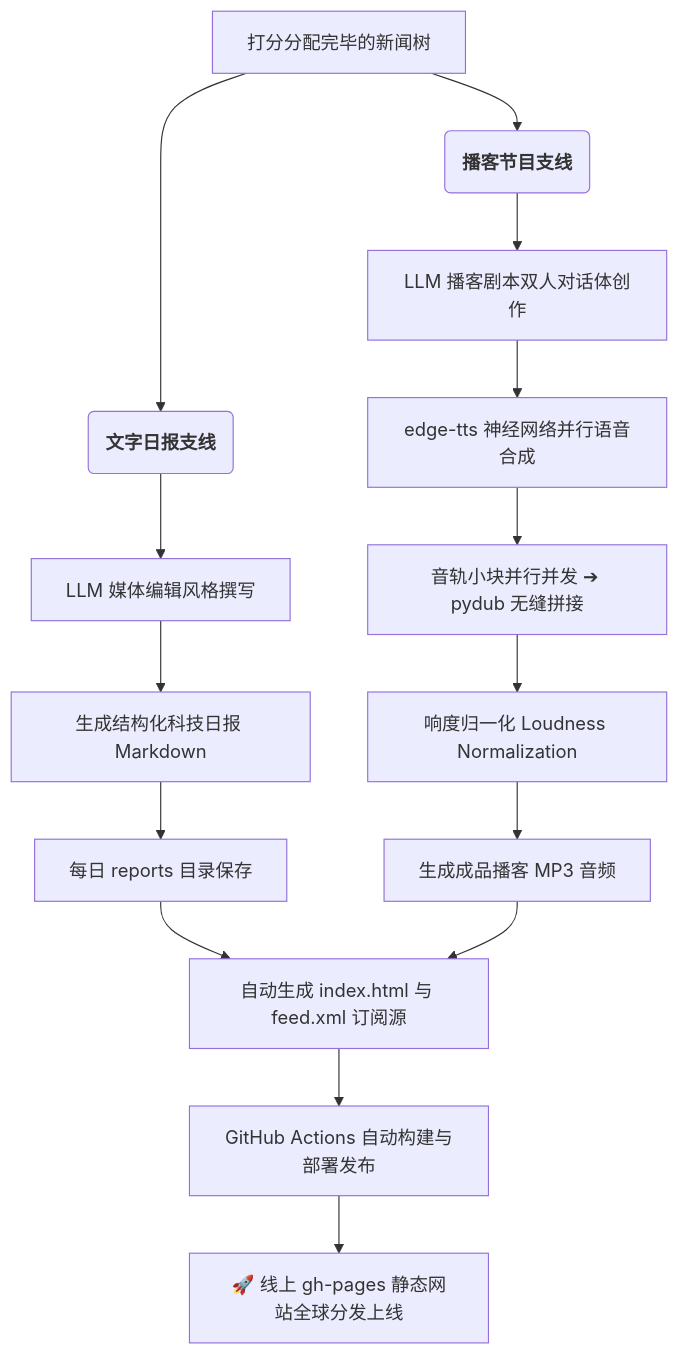
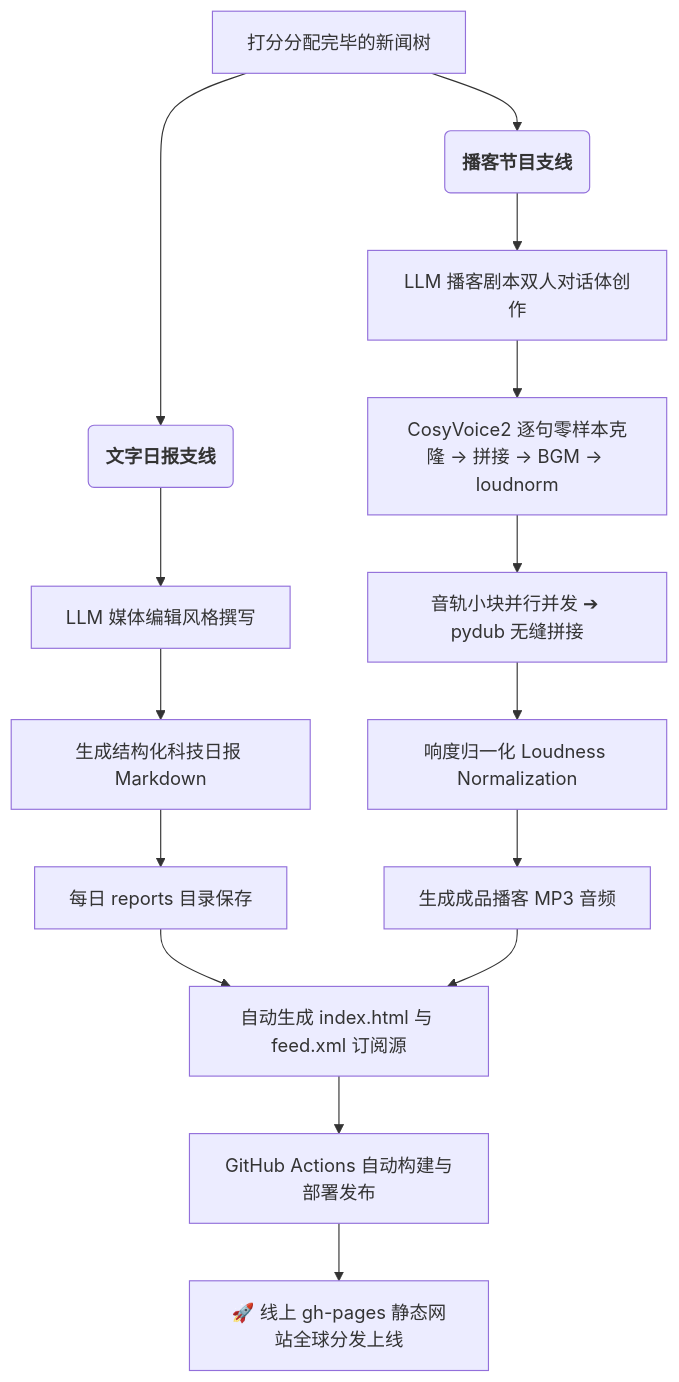
Before and after one commit to nicekai-jpg/ai-news-podcast: the sixth of 6 diagrams in docs/pipeline_walkthrough.md, drawn with Mermaid. The commit also changed other lines of this file and 26 other files, not shown here.

First line of the commit message:
feat(tts): replace Edge-TTS with CosyVoice2 on GHA three-job workflow

````diff
--- a/docs/pipeline_walkthrough.md
+++ b/docs/pipeline_walkthrough.md
@@ -97,19 +137,19 @@
 ```mermaid
 graph TD
     A[打分分配完毕的新闻树] --> B(<b>文字日报支线</b>)
     A --> C(<b>播客节目支线</b>)
 
     B --> D[LLM 媒体编辑风格撰写]
     D --> E[生成结构化科技日报 Markdown]
     E --> F[每日 reports 目录保存]
 
     C --> G[LLM 播客剧本双人对话体创作]
-    G --> H[edge-tts 神经网络并行语音合成]
+    G --> H[CosyVoice2 逐句零样本克隆 → 拼接 → BGM → loudnorm]
     H --> I[音轨小块并行并发 ➔ pydub 无缝拼接]
     I --> J[响度归一化 Loudness Normalization]
     J --> K[生成成品播客 MP3 音频]
 
     F & K --> L[自动生成 index.html 与 feed.xml 订阅源]
     L --> M[GitHub Actions 自动构建与部署发布]
     M --> N[🚀 线上 gh-pages 静态网站全球分发上线]
 ```
````
